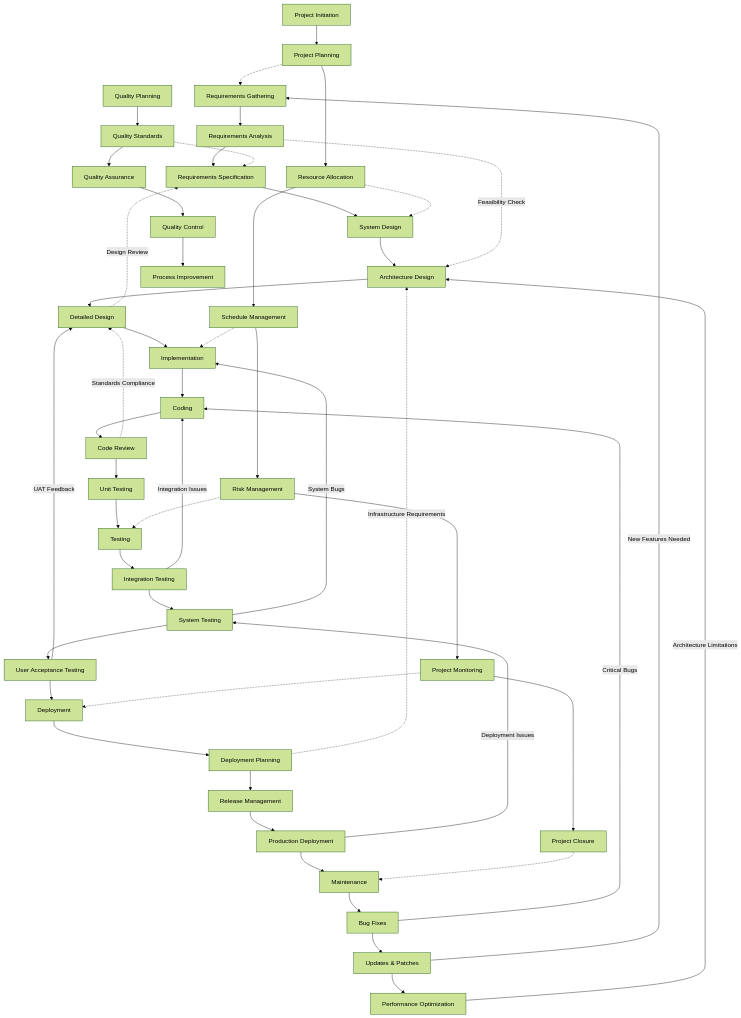
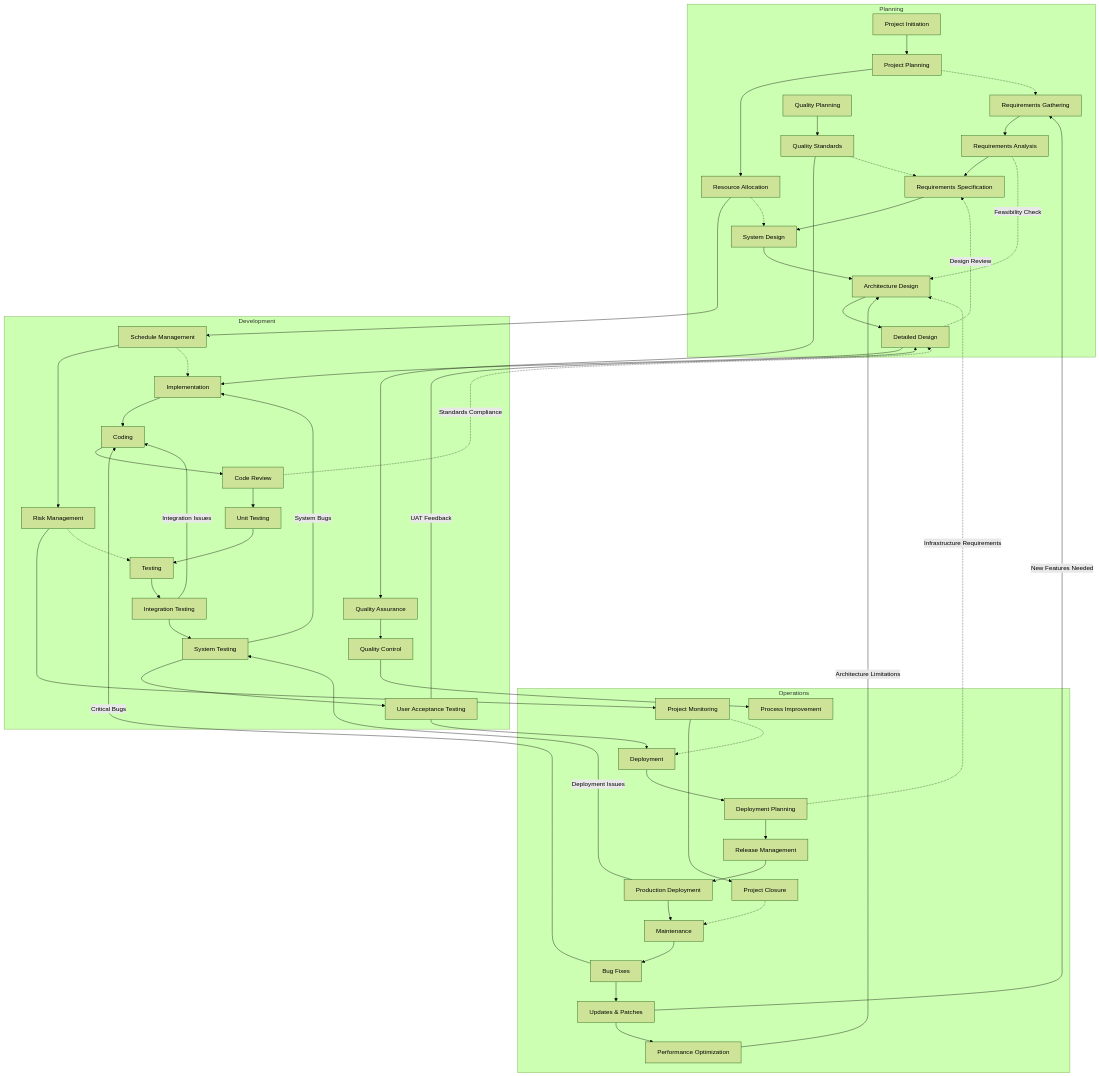
One commit to isauravmanitripathi/Animate-Mermaid-Chart changed the diagram in temp-charts/flowchart_sequence/image_50.mmd. Above: the diagram before and after it, drawn with Mermaid (forest theme). The commit also changed 58 other files, not shown here.

Commit message:
added proper working diagrams

```diff
--- a/temp-charts/flowchart_sequence/image_50.mmd
+++ b/temp-charts/flowchart_sequence/image_50.mmd
@@ -1,50 +1,93 @@
 flowchart TD
-A[Requirements Gathering] --> A1[Requirements Analysis]
-A1 --> A2[Requirements Specification]
-A2 --> B[System Design]
-B --> B1[Architecture Design]
-B1 --> B2[Detailed Design]
-B2 --> C[Implementation]
-C --> C1[Coding]
-C1 --> C2[Code Review]
-C2 --> C3[Unit Testing]
-C3 --> D[Testing]
-D --> D1[Integration Testing]
-D1 --> D2[System Testing]
-D2 --> D3[User Acceptance Testing]
-D3 --> E[Deployment]
-E --> E1[Deployment Planning]
-E1 --> E2[Release Management]
-E2 --> E3[Production Deployment]
-E3 --> F[Maintenance]
-F --> F1[Bug Fixes]
-F1 --> F2[Updates & Patches]
-F2 --> F3[Performance Optimization]
-D1 -->|Integration Issues| C1
-D2 -->|System Bugs| C
-D3 -->|UAT Feedback| B2
-E3 -->|Deployment Issues| D2
-F1 -->|Critical Bugs| C1
-F2 -->|New Features Needed| A
-F3 -->|Architecture Limitations| B1
-A1 -.->|Feasibility Check| B1
-B2 -.->|Design Review| A2
-C2 -.->|Standards Compliance| B2
-E1 -.->|Infrastructure Requirements| B1
-PM[Project Initiation] --> PM1[Project Planning]
-PM1 --> PM2[Resource Allocation]
-PM2 --> PM3[Schedule Management]
-PM3 --> PM4[Risk Management]
-PM4 --> PM5[Project Monitoring]
-PM5 --> PM6[Project Closure]
-PM1 -.-> A
-PM2 -.-> B
-PM3 -.-> C
-PM4 -.-> D
-PM5 -.-> E
-PM6 -.-> F
-QA[Quality Planning] --> QA1[Quality Standards]
-QA1 --> QA2[Quality Assurance]
-QA2 --> QA3[Quality Control]
-QA3 --> QA4[Process Improvement]
-QA1 -.-> A2
+    A[Requirements Gathering] --> A1[Requirements Analysis]
+    A1 --> A2[Requirements Specification]
+    A2 --> B[System Design]
+    B --> B1[Architecture Design]
+    B1 --> B2[Detailed Design]
+    B2 --> C[Implementation]
+    C --> C1[Coding]
+    C1 --> C2[Code Review]
+    C2 --> C3[Unit Testing]
+    C3 --> D[Testing]
+    D --> D1[Integration Testing]
+    D1 --> D2[System Testing]
+    D2 --> D3[User Acceptance Testing]
+    D3 --> E[Deployment]
+    E --> E1[Deployment Planning]
+    E1 --> E2[Release Management]
+    E2 --> E3[Production Deployment]
+    E3 --> F[Maintenance]
+    F --> F1[Bug Fixes]
+    F1 --> F2[Updates & Patches]
+    F2 --> F3[Performance Optimization]
+    D1 -->|Integration Issues| C1
+    D2 -->|System Bugs| C
+    D3 -->|UAT Feedback| B2
+    E3 -->|Deployment Issues| D2
+    F1 -->|Critical Bugs| C1
+    F2 -->|New Features Needed| A
+    F3 -->|Architecture Limitations| B1
+    A1 -.->|Feasibility Check| B1
+    B2 -.->|Design Review| A2
+    C2 -.->|Standards Compliance| B2
+    E1 -.->|Infrastructure Requirements| B1
+    PM[Project Initiation] --> PM1[Project Planning]
+    PM1 --> PM2[Resource Allocation]
+    PM2 --> PM3[Schedule Management]
+    PM3 --> PM4[Risk Management]
+    PM4 --> PM5[Project Monitoring]
+    PM5 --> PM6[Project Closure]
+    PM1 -.-> A
+    PM2 -.-> B
+    PM3 -.-> C
+    PM4 -.-> D
+    PM5 -.-> E
+    PM6 -.-> F
+    QA[Quality Planning] --> QA1[Quality Standards]
+    QA1 --> QA2[Quality Assurance]
+    QA2 --> QA3[Quality Control]
+    QA3 --> QA4[Process Improvement]
+    QA1 -.-> A2
+
+subgraph Planning
+A
+A1
+A2
+B
+B1
+B2
+PM
+PM1
+PM2
+QA
+QA1
+end
+
+subgraph Development
+C
+C1
+C2
+C3
+D
+D1
+D2
+D3
+PM3
+PM4
+QA2
+QA3
+end
+
+subgraph Operations
+E
+E1
+E2
+E3
+F
+F1
+F2
+F3
+PM5
+PM6
+QA4
+end
```
